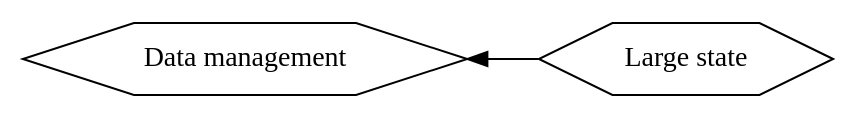
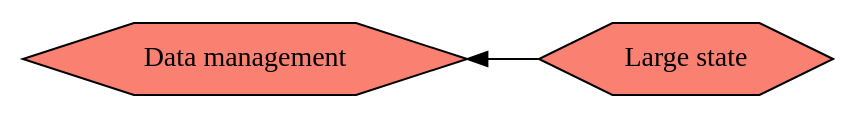
Diagram 12 of 13 in Ethereum1x_definition.md (ledgerwatch/eth_state), drawn with Graphviz before and after one commit. The commit also changed other lines of this file, not shown here.

````diff
--- a/Ethereum1x_definition.md
+++ b/Ethereum1x_definition.md
@@ -172,8 +171,8 @@
 ```graphviz
 digraph causes {
 rankdir=LR;
-data_management [label="Data management" shape="hexagon"];
-large_state [label="Large state" shape="hexagon"];
+data_management [label="Data management" shape=hexagon style=filled fillcolor=salmon];
+large_state [label="Large state" shape=hexagon style=filled fillcolor=salmon];
 data_management -> large_state [dir=back];
 }
 ```
````
